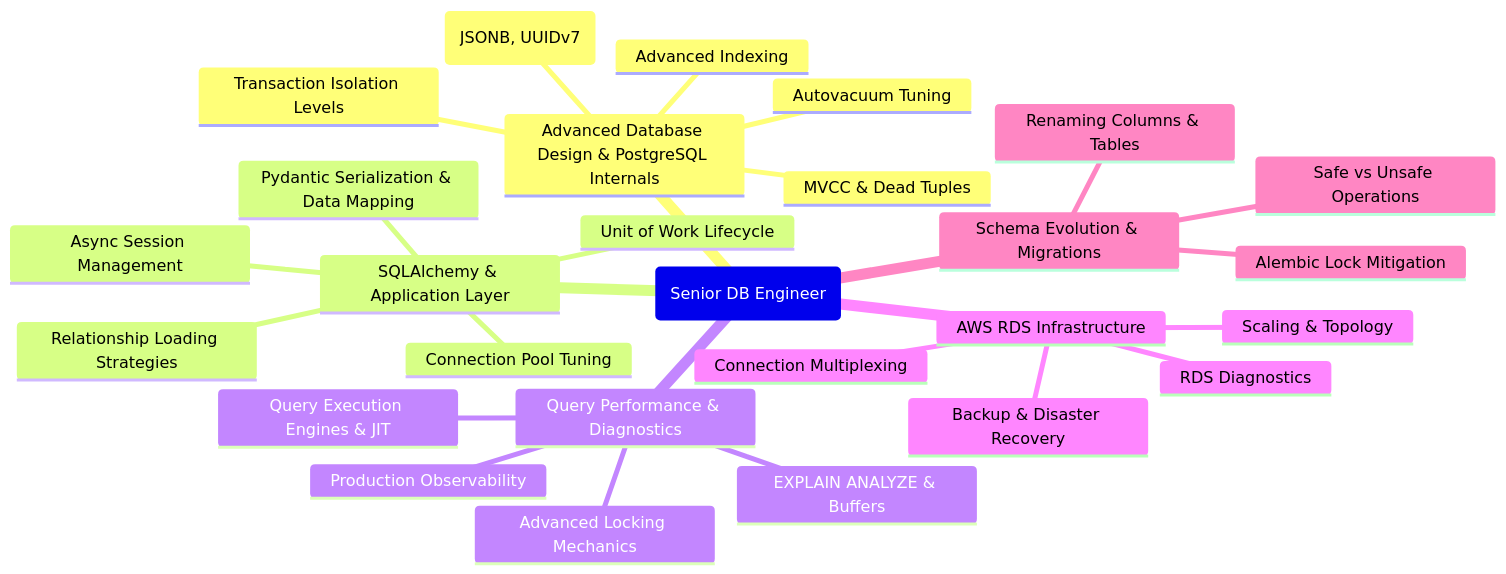
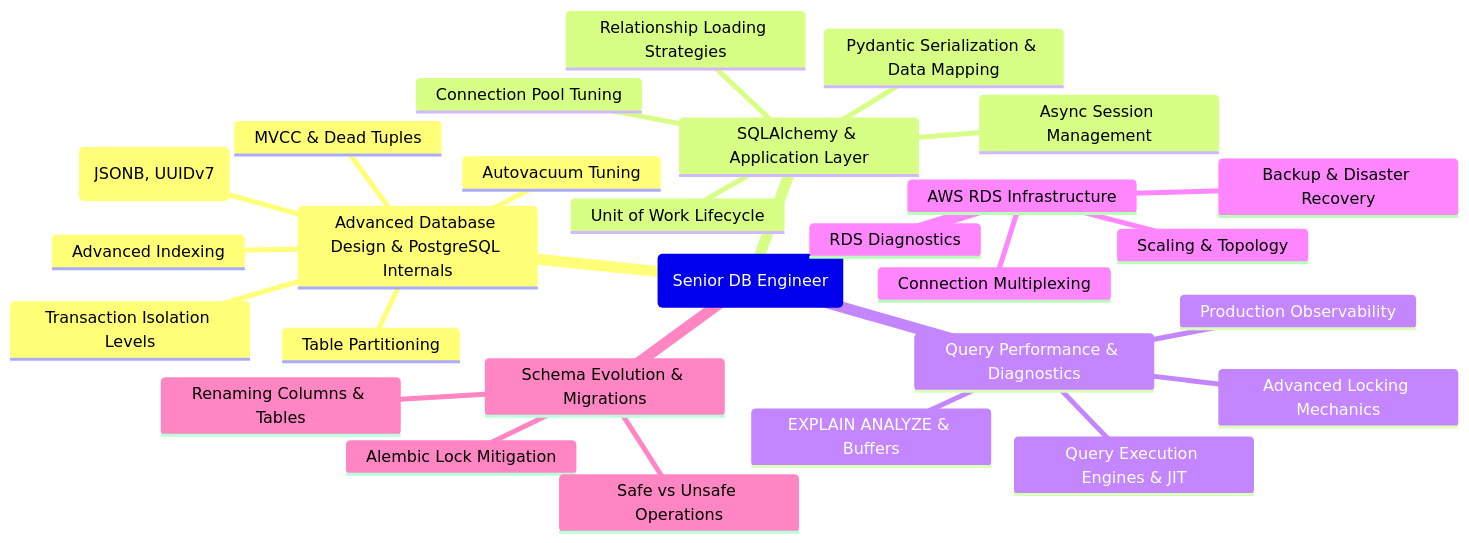
The diagram in README.md (valeriu-pirtac/relational-database-skills-lab), drawn with Mermaid before and after one commit. The commit also changed other lines of this file and 10 other files, not shown here.

Commit message:
LAB 019: Table Partitioning

````diff
--- a/README.md
+++ b/README.md
@@ -15,30 +15,31 @@
 ```mermaid
 mindmap
   root(Senior DB Engineer)
     Advanced Database Design & PostgreSQL Internals
       MVCC & Dead Tuples
       Autovacuum Tuning
       Transaction Isolation Levels
       Advanced Indexing
       Complex Data Types (JSONB, UUIDv7)
+      Table Partitioning
     SQLAlchemy & Application Layer
       Relationship Loading Strategies
       Async Session Management
       Connection Pool Tuning
       Pydantic Serialization & Data Mapping
       Unit of Work Lifecycle
     Query Performance & Diagnostics
       EXPLAIN ANALYZE & Buffers
       Advanced Locking Mechanics
       Production Observability
       Query Execution Engines & JIT
     AWS RDS Infrastructure
       Scaling & Topology
       Connection Multiplexing
       Backup & Disaster Recovery
       RDS Diagnostics
     Schema Evolution & Migrations
       Alembic Lock Mitigation
       Safe vs Unsafe Operations
       Renaming Columns & Tables
 ```
````
